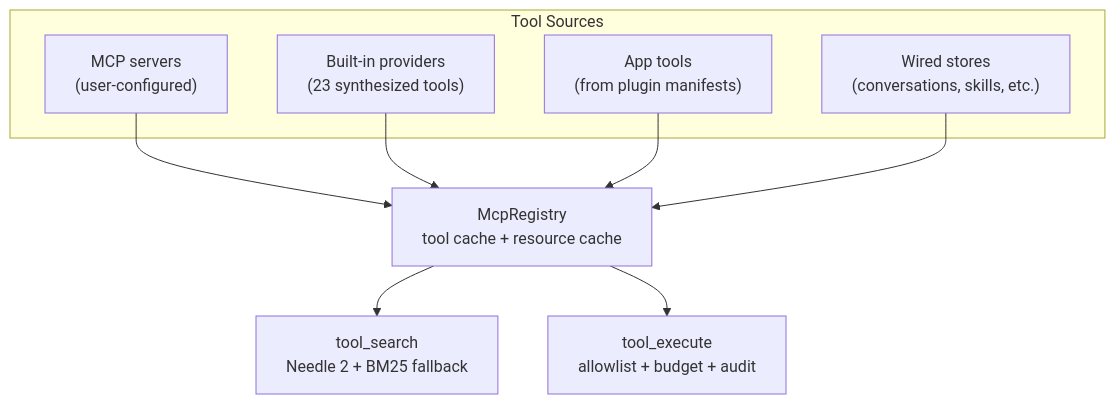
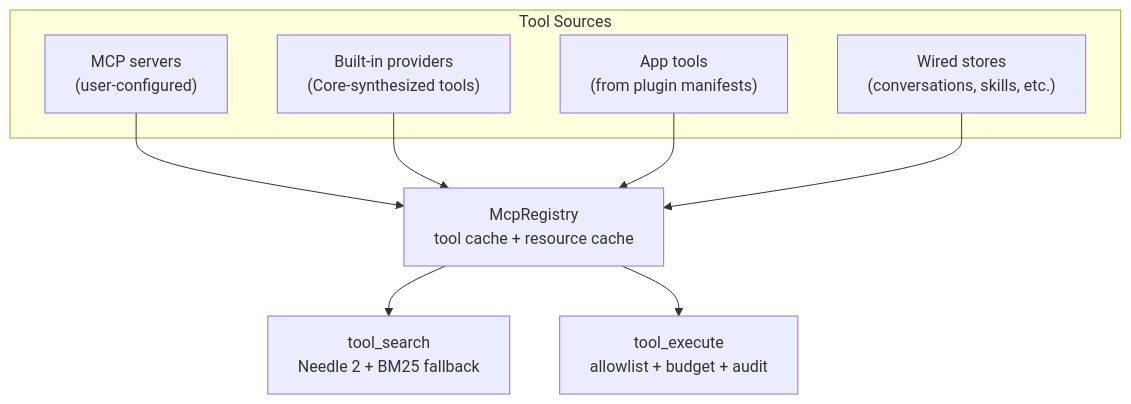
One commit to amajorai/ryu-docs changed the second of 3 diagrams in content/docs/extend/integrate/mcp-integration.mdx. Above: the diagram before and after it, drawn with Mermaid. The commit also changed other lines of this file and 910 other files, not shown here.

````diff
--- a/content/docs/extend/integrate/mcp-integration.mdx
+++ b/content/docs/extend/integrate/mcp-integration.mdx
@@ -85,20 +85,20 @@
 ```mermaid
 flowchart TD
   subgraph Sources["Tool Sources"]
     MCP["MCP servers<br/>(user-configured)"]
-    BUILTIN["Built-in providers<br/>(23 synthesized tools)"]
+    BUILTIN["Built-in providers<br/>(Core-synthesized tools)"]
     APP["App tools<br/>(from plugin manifests)"]
     WIRED["Wired stores<br/>(conversations, skills, etc.)"]
   end
 
   REG["McpRegistry<br/>tool cache + resource cache"]
   SEARCH["tool_search<br/>Needle 2 + BM25 fallback"]
   EXEC["tool_execute<br/>allowlist + budget + audit"]
 
   MCP --> REG
   BUILTIN --> REG
   APP --> REG
   WIRED --> REG
   REG --> SEARCH
   REG --> EXEC
 ```
````
